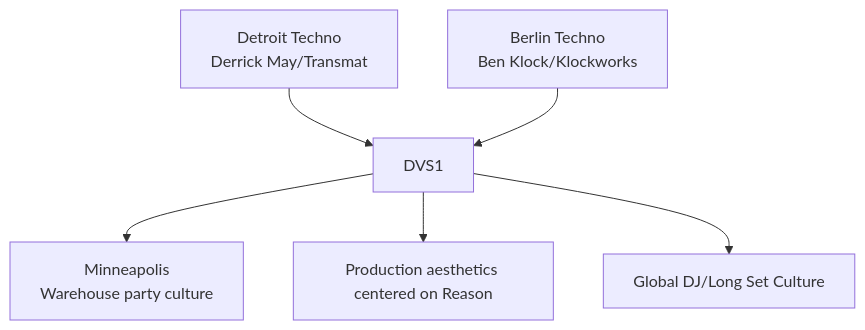
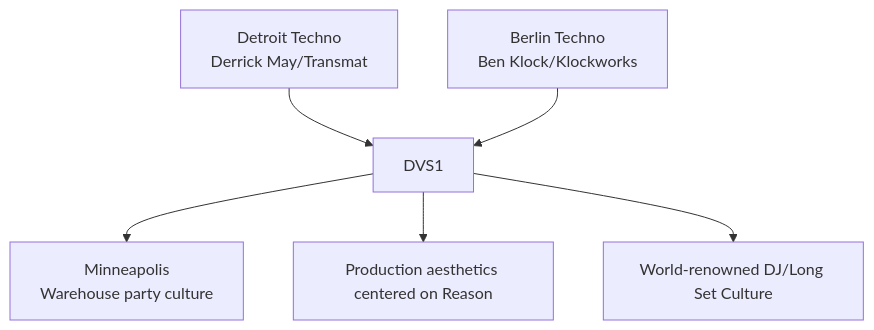
One commit to monumental-movement/monumental-movement.github.io changed the diagram in en/_posts/2025-11-18-column-dvs1.md. Above: the diagram before and after it, drawn with Mermaid. The commit also changed other lines of this file and 528 other files, not shown here.

```diff
--- a/en/_posts/2025-11-18-column-dvs1.md
+++ b/en/_posts/2025-11-18-column-dvs1.md
@@ -249,10 +249,10 @@
 <div class="mermaid">
 
 graph TD
 A[Detroit Techno<br>Derrick May/Transmat] --> C[DVS1]
 B[Berlin Techno<br>Ben Klock/Klockworks] --> C
 C --> D[Minneapolis<br>Warehouse party culture]
 C --> E[Production aesthetics centered on Reason]
-C --> F[Global DJ/Long Set Culture]
+C --> F[World-renowned DJ/Long Set Culture]
 
 </div>
```
